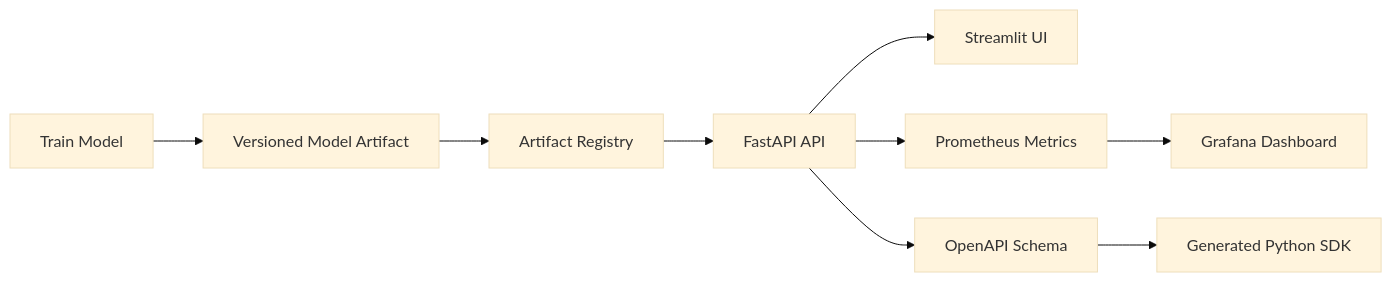
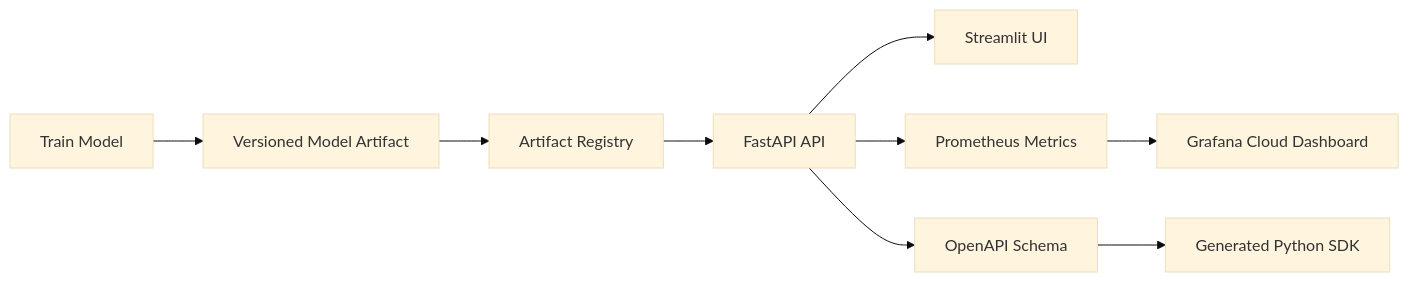
The first of 4 diagrams in README.md (sepantakamali/E2EPRAIIP), drawn with Mermaid (base theme) before and after one commit. The commit also changed other lines of this file and 1 other file, not shown here.

````diff
--- a/README.md
+++ b/README.md
@@ -28,11 +29,11 @@
 ```mermaid
 flowchart LR
     Train[Train Model] --> Artifact[Versioned Model Artifact]
     Artifact --> Registry[Artifact Registry]
     Registry --> API[FastAPI API]
     API --> UI[Streamlit UI]
     API --> Metrics[Prometheus Metrics]
-    Metrics --> Grafana[Grafana Dashboard]
+    Metrics --> Grafana[Grafana Cloud Dashboard]
     API --> Schema[OpenAPI Schema]
     Schema --> SDK[Generated Python SDK]
 ```
````
